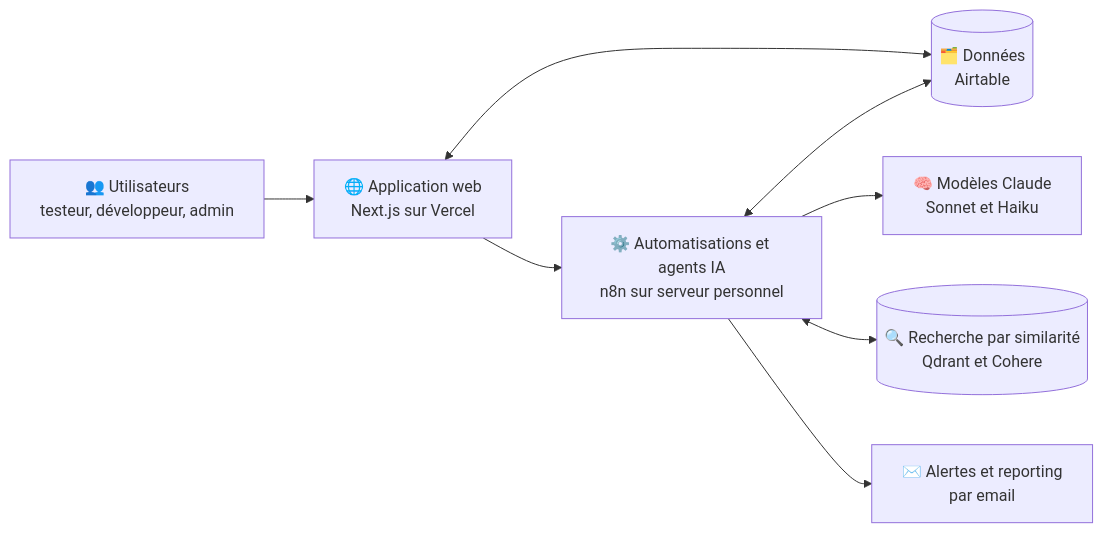
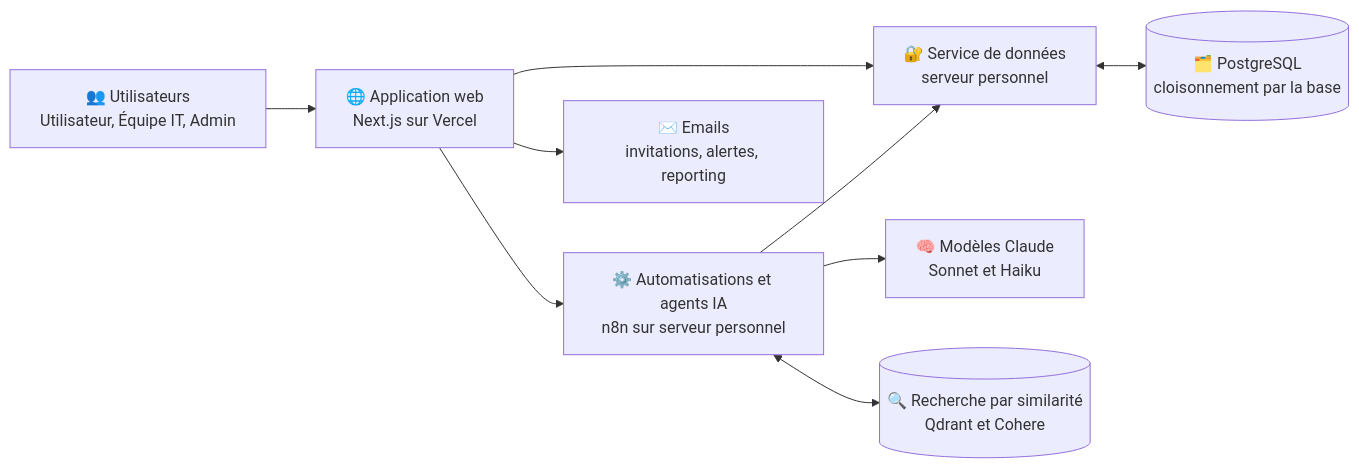
Before and after one commit to VincentG32/echo-projet: the fourth of 7 diagrams in README.md, drawn with Mermaid. The commit also changed other lines of this file, not shown here.

Commit message:
Vitrine : PostgreSQL, organisations, projets et versions, roadmap

````diff
--- a/README.md
+++ b/README.md
@@ -124,10 +131,11 @@
 ```mermaid
 flowchart LR
-    U["👥 Utilisateurs<br/>testeur, développeur, admin"] --> App["🌐 Application web<br/>Next.js sur Vercel"]
-    App <--> DB[("🗂️ Données<br/>Airtable")]
+    U["👥 Utilisateurs<br/>Utilisateur, Équipe IT, Admin"] --> App["🌐 Application web<br/>Next.js sur Vercel"]
+    App --> API["🔐 Service de données<br/>serveur personnel"]
+    API <--> DB[("🗂️ PostgreSQL<br/>cloisonnement par la base")]
     App --> N8N["⚙️ Automatisations et agents IA<br/>n8n sur serveur personnel"]
-    N8N <--> DB
+    N8N --> API
     N8N --> LLM["🧠 Modèles Claude<br/>Sonnet et Haiku"]
     N8N <--> VEC[("🔍 Recherche par similarité<br/>Qdrant et Cohere")]
-    N8N --> MAIL["✉️ Alertes et reporting<br/>par email"]
+    App --> MAIL["✉️ Emails<br/>invitations, alertes, reporting"]
 ```
````
